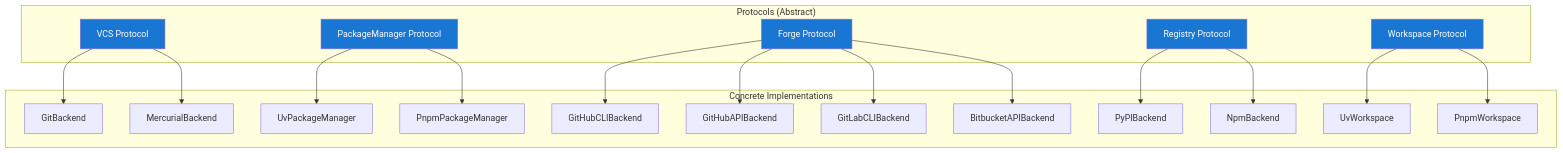
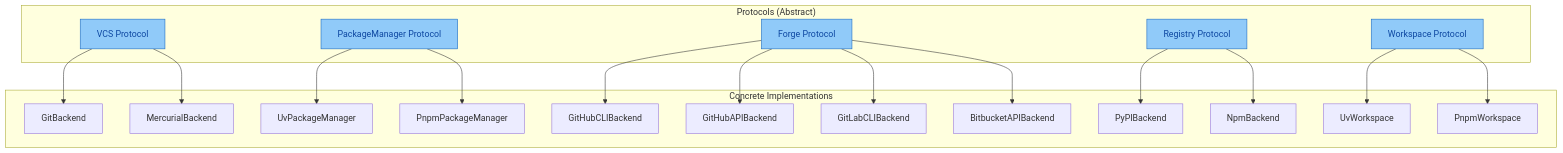
Before and after one commit to genkit-ai/genkit-python: the diagram in tools/releasekit/docs/docs/architecture/backends.md, drawn with Mermaid. The commit also changed 208 other files, not shown here.

````diff
--- a/tools/releasekit/docs/docs/architecture/backends.md
+++ b/tools/releasekit/docs/docs/architecture/backends.md
@@ -14,37 +14,37 @@
 ```mermaid
 graph TB
     subgraph "Protocols (Abstract)"
         VCS_P["VCS Protocol"]
         PM_P["PackageManager Protocol"]
         FORGE_P["Forge Protocol"]
         REG_P["Registry Protocol"]
         WS_P["Workspace Protocol"]
     end
 
     subgraph "Concrete Implementations"
         GIT["GitBackend"]
         HG["MercurialBackend"]
         UV_PM["UvPackageManager"]
         PNPM_PM["PnpmPackageManager"]
         GH_CLI["GitHubCLIBackend"]
         GH_API["GitHubAPIBackend"]
         GL["GitLabCLIBackend"]
         BB["BitbucketAPIBackend"]
         PYPI["PyPIBackend"]
         NPM["NpmBackend"]
         UV_WS["UvWorkspace"]
         PNPM_WS["PnpmWorkspace"]
     end
 
     VCS_P --> GIT & HG
     PM_P --> UV_PM & PNPM_PM
     FORGE_P --> GH_CLI & GH_API & GL & BB
     REG_P --> PYPI & NPM
     WS_P --> UV_WS & PNPM_WS
 
-    style VCS_P fill:#1976d2,color:#fff
-    style PM_P fill:#1976d2,color:#fff
-    style FORGE_P fill:#1976d2,color:#fff
-    style REG_P fill:#1976d2,color:#fff
-    style WS_P fill:#1976d2,color:#fff
+    style VCS_P fill:#90caf9,stroke:#1565c0,color:#0d47a1
+    style PM_P fill:#90caf9,stroke:#1565c0,color:#0d47a1
+    style FORGE_P fill:#90caf9,stroke:#1565c0,color:#0d47a1
+    style REG_P fill:#90caf9,stroke:#1565c0,color:#0d47a1
+    style WS_P fill:#90caf9,stroke:#1565c0,color:#0d47a1
 ```
````
